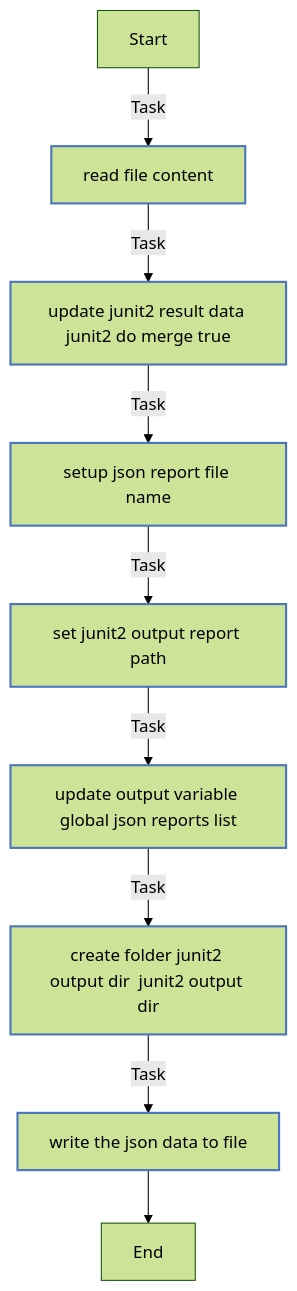
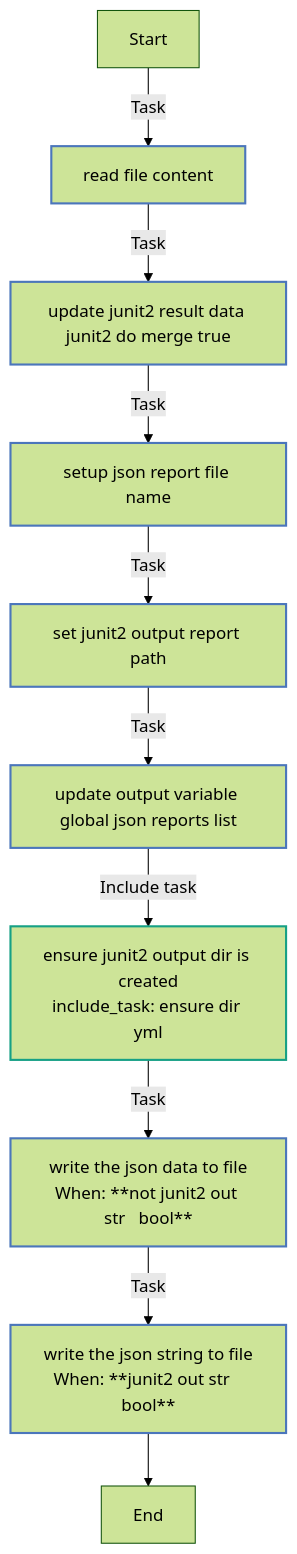
The first of 7 diagrams in roles/junit2json/README.md (redhatci/ansible-collection-redhatci-ocp), drawn with Mermaid (forest theme) before and after one commit. The commit also changed other lines of this file and 13 other files, not shown here.

First line of the commit message:
update role `redhatci.ocp.junit2json`

````diff
--- a/roles/junit2json/README.md
+++ b/roles/junit2json/README.md
@@ -186,21 +148,22 @@
 ```mermaid
 flowchart TD
 Start
 classDef block stroke:#3498db,stroke-width:2px;
 classDef task stroke:#4b76bb,stroke-width:2px;
 classDef includeTasks stroke:#16a085,stroke-width:2px;
 classDef importTasks stroke:#34495e,stroke-width:2px;
 classDef includeRole stroke:#2980b9,stroke-width:2px;
 classDef importRole stroke:#699ba7,stroke-width:2px;
 classDef includeVars stroke:#8e44ad,stroke-width:2px;
 classDef rescue stroke:#665352,stroke-width:2px;
 
   Start-->|Task| Read_file_content0[read file content]:::task
   Read_file_content0-->|Task| Update_junit2_result_data_junit2_do_merge_true1[update junit2 result data junit2 do merge true]:::task
   Update_junit2_result_data_junit2_do_merge_true1-->|Task| Setup_JSON_report_file_name2[setup json report file name]:::task
   Setup_JSON_report_file_name2-->|Task| Set_junit2_output_report_path3[set junit2 output report path]:::task
   Set_junit2_output_report_path3-->|Task| Update_output_variable_global_json_reports_list4[update output variable global json reports list]:::task
-  Update_output_variable_global_json_reports_list4-->|Task| Create_folder_junit2_output_dir__junit2_output_dir_5[create folder junit2 output dir  junit2 output dir<br>]:::task
-  Create_folder_junit2_output_dir__junit2_output_dir_5-->|Task| Write_the_json_data_to_file6[write the json data to file]:::task
-  Write_the_json_data_to_file6-->End
+  Update_output_variable_global_json_reports_list4-->|Include task| ensure_dir_yml5[ensure junit2 output dir is created<br>include_task: ensure dir yml]:::includeTasks
+  ensure_dir_yml5-->|Task| Write_the_json_data_to_file6[write the json data to file<br>When: **not junit2 out str   bool**]:::task
+  Write_the_json_data_to_file6-->|Task| Write_the_json_string_to_file7[write the json string to file<br>When: **junit2 out str   bool**]:::task
+  Write_the_json_string_to_file7-->End
 ```
````
